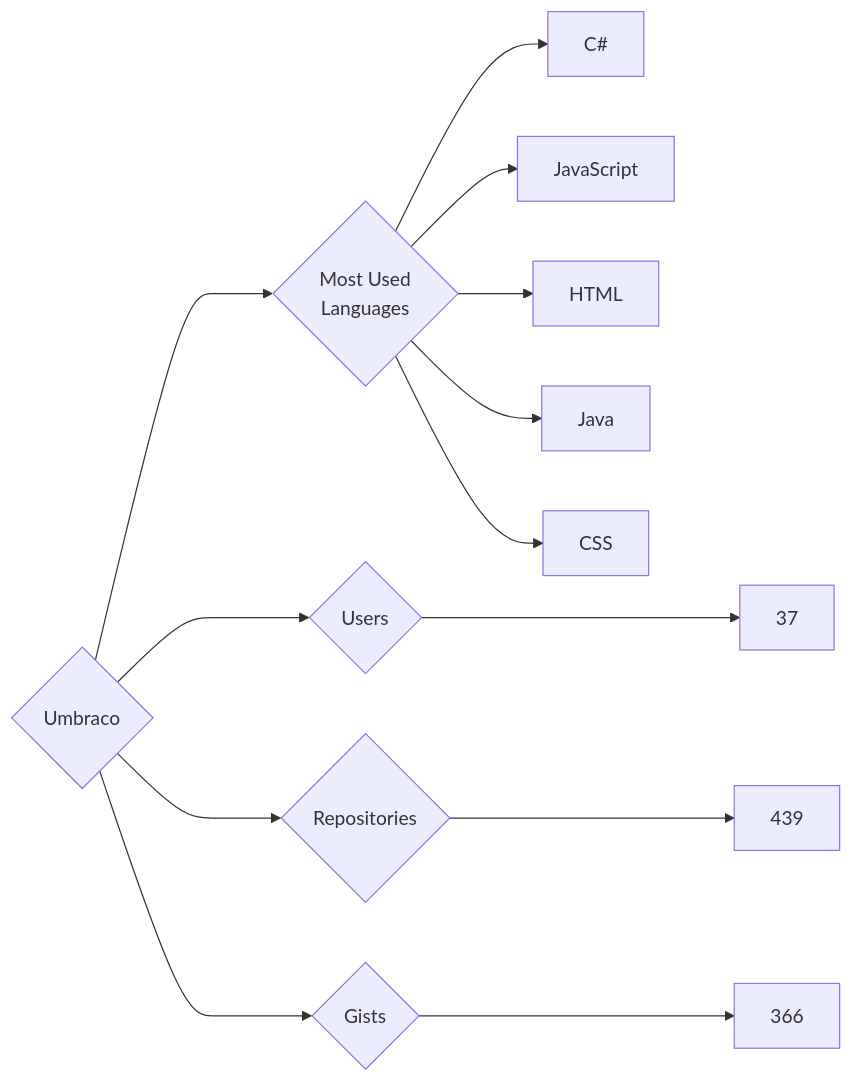
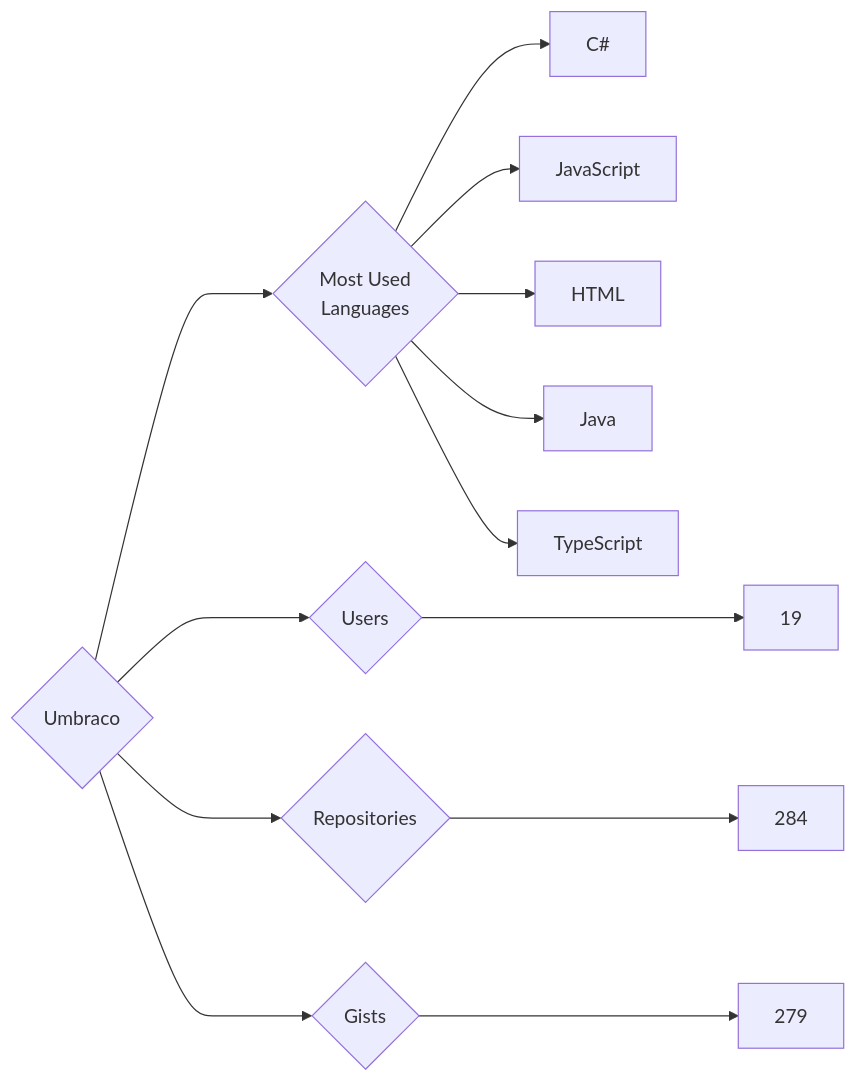
The diagram in targets/Umbraco/README.md (trickest/insiders), drawn with Mermaid before and after one commit. The commit also changed 972 other files, not shown here.

````diff
--- a/targets/Umbraco/README.md
+++ b/targets/Umbraco/README.md
@@ -3,13 +3,13 @@
 ```mermaid
 graph LR
 COMPANY_NAME{Umbraco}
-COMPANY_NAME ---> U{Users} ---> UN[37]
-COMPANY_NAME ---> R{Repositories} ---> RN[439]
-COMPANY_NAME ---> G{Gists} ---> GN[366]
+COMPANY_NAME ---> U{Users} ---> UN[19]
+COMPANY_NAME ---> R{Repositories} ---> RN[284]
+COMPANY_NAME ---> G{Gists} ---> GN[279]
 COMPANY_NAME ---> ML{Most Used<br>Languages}
 ML --> C#[C#]
 ML --> JavaScript[JavaScript]
 ML --> HTML[HTML]
 ML --> Java[Java]
-ML --> CSS[CSS]
+ML --> TypeScript[TypeScript]
 ```
````
